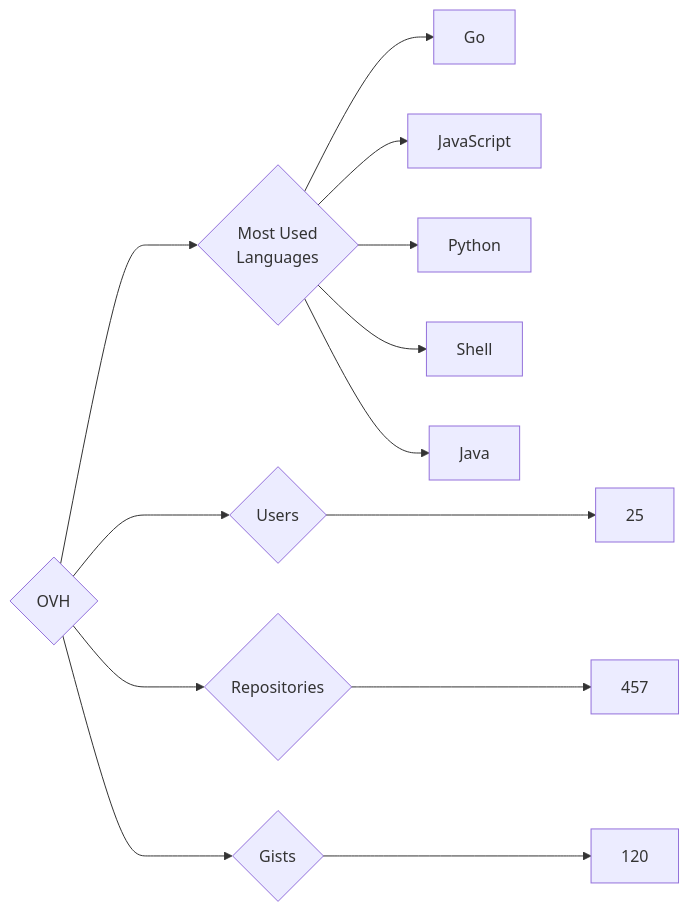
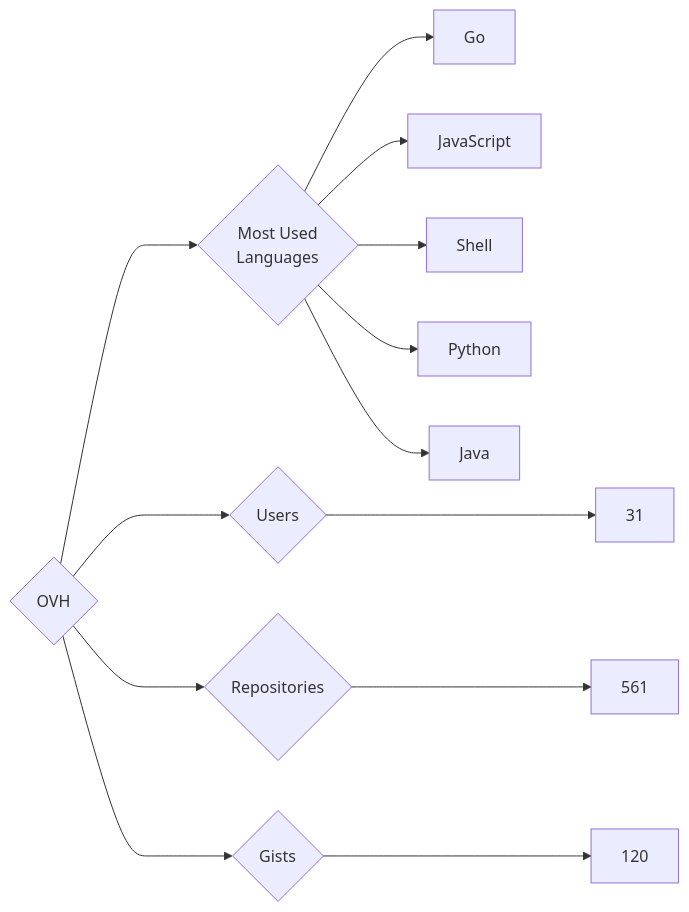
The diagram in targets/OVH/README.md (trickest/insiders), drawn with Mermaid before and after one commit. The commit also changed 725 other files, not shown here.

````diff
--- a/targets/OVH/README.md
+++ b/targets/OVH/README.md
@@ -3,13 +3,13 @@
 ```mermaid
 graph LR
 COMPANY_NAME{OVH}
-COMPANY_NAME ---> U{Users} ---> UN[25]
-COMPANY_NAME ---> R{Repositories} ---> RN[457]
+COMPANY_NAME ---> U{Users} ---> UN[31]
+COMPANY_NAME ---> R{Repositories} ---> RN[561]
 COMPANY_NAME ---> G{Gists} ---> GN[120]
 COMPANY_NAME ---> ML{Most Used<br>Languages}
 ML --> Go[Go]
 ML --> JavaScript[JavaScript]
+ML --> Shell[Shell]
 ML --> Python[Python]
-ML --> Shell[Shell]
 ML --> Java[Java]
 ```
````
